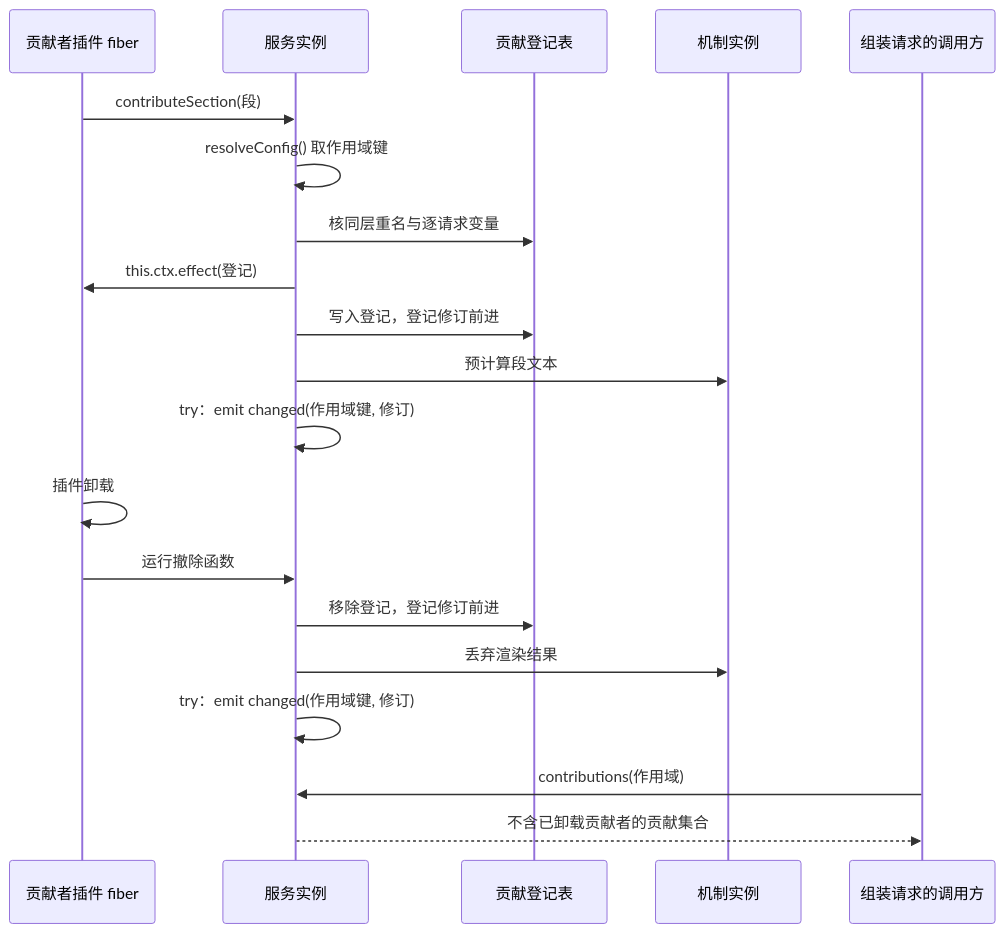
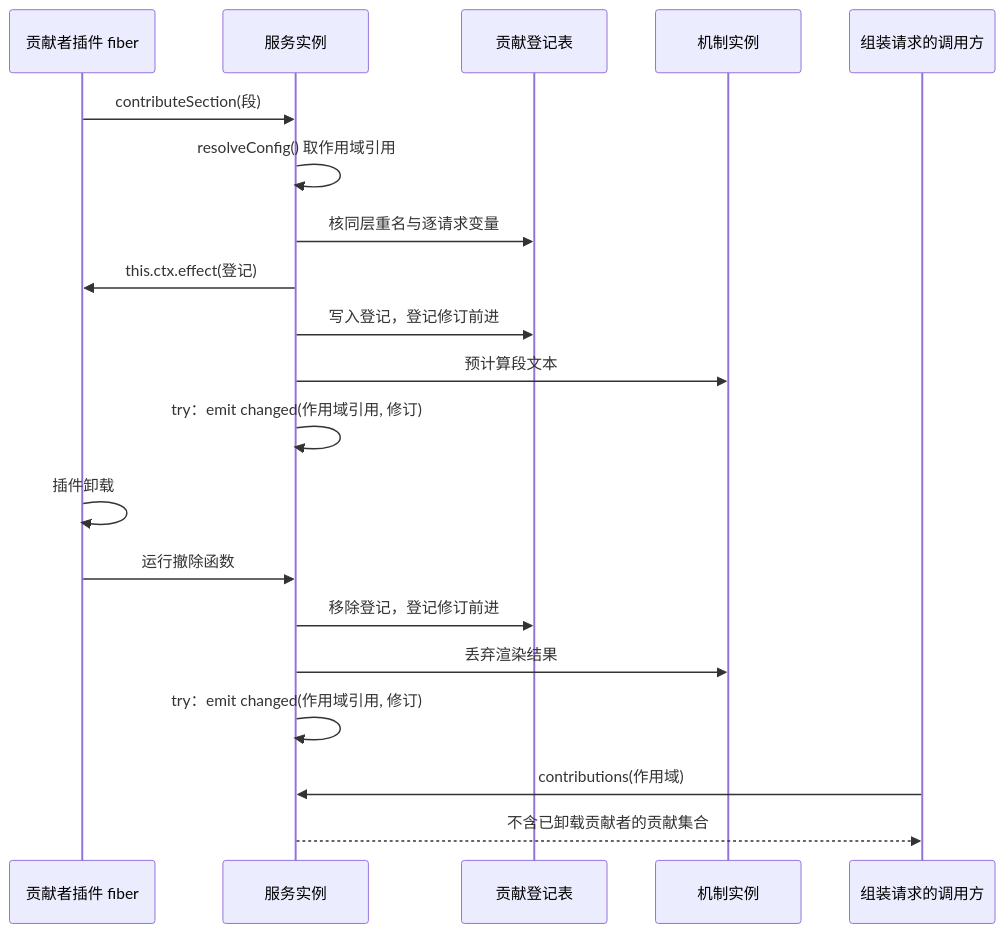
One commit to nemori-ai/omne-harness-lite changed the second of 3 diagrams in packages/context/request-context-cordis/docs/flows.md. Above: the diagram before and after it, drawn with Mermaid. The commit also changed 70 other files, not shown here.

````diff
--- a/packages/context/request-context-cordis/docs/flows.md
+++ b/packages/context/request-context-cordis/docs/flows.md
@@ -50,22 +50,22 @@
 ```mermaid
 sequenceDiagram
   participant CF as 贡献者插件 fiber
   participant S as 服务实例
   participant T as 贡献登记表
   participant M as 机制实例
   participant C as 组装请求的调用方
   CF->>S: contributeSection(段)
-  S->>S: resolveConfig() 取作用域键
+  S->>S: resolveConfig() 取作用域引用
   S->>T: 核同层重名与逐请求变量
   S->>CF: this.ctx.effect(登记)
   S->>T: 写入登记，登记修订前进
   S->>M: 预计算段文本
-  S->>S: try：emit changed(作用域键, 修订)
+  S->>S: try：emit changed(作用域引用, 修订)
   CF->>CF: 插件卸载
   CF->>S: 运行撤除函数
   S->>T: 移除登记，登记修订前进
   S->>M: 丢弃渲染结果
-  S->>S: try：emit changed(作用域键, 修订)
+  S->>S: try：emit changed(作用域引用, 修订)
   C->>S: contributions(作用域)
   S-->>C: 不含已卸载贡献者的贡献集合
 ```
````
